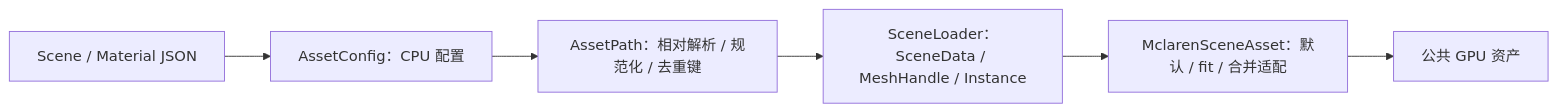
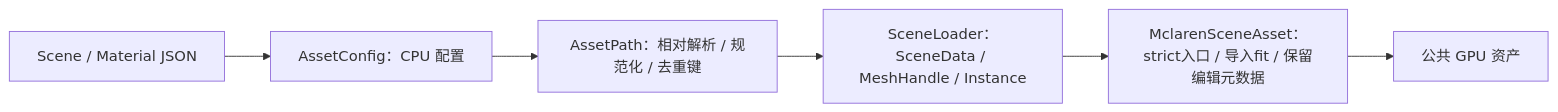
The diagram in docs/design/07-resource-asset-spec.md (Cyberyb/KuEngine), drawn with Mermaid before and after one commit. The commit also changed other lines of this file and 122 other files, not shown here.

````diff
--- a/docs/design/07-resource-asset-spec.md
+++ b/docs/design/07-resource-asset-spec.md
@@ -46,10 +48,10 @@
 ```mermaid
 flowchart LR
     JSON["Scene / Material JSON"]
     Config["AssetConfig：CPU 配置"]
     Path["AssetPath：相对解析 / 规范化 / 去重键"]
     Scene["SceneLoader：SceneData / MeshHandle / Instance"]
-    Adapt["MclarenSceneAsset：默认 / fit / 合并适配"]
+    Adapt["MclarenSceneAsset：strict入口 / 导入fit / 保留编辑元数据"]
     GPU["公共 GPU 资产"]
     JSON --> Config --> Path --> Scene --> Adapt --> GPU
 ```
````
